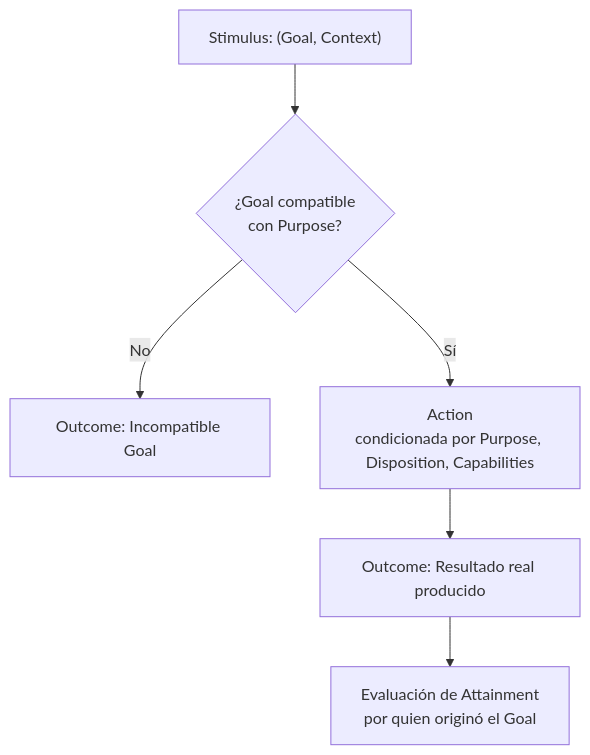
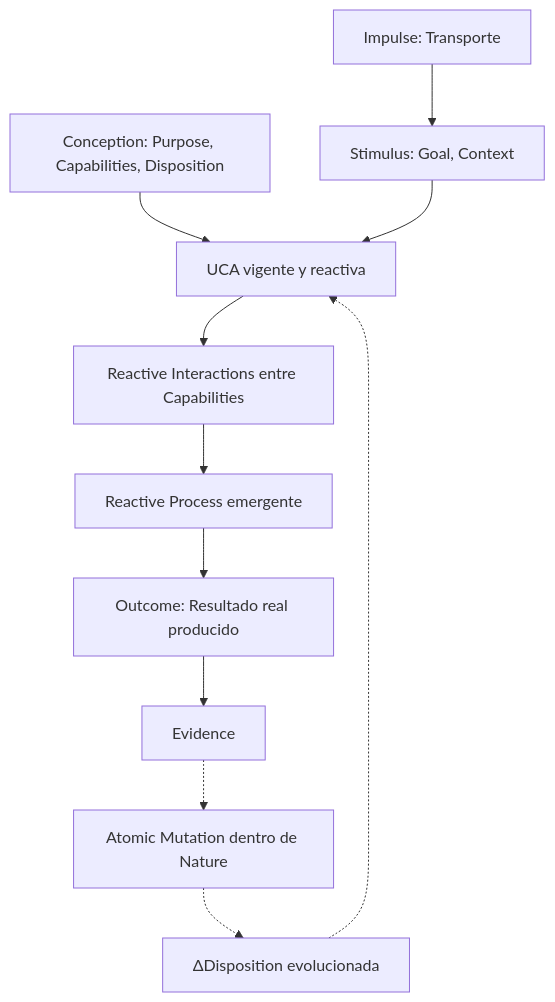
Before and after one commit to christian-marino-alvarez/uca-specification: the diagram in README.es.md, drawn with Mermaid. The commit also changed other lines of this file and 3 other files, not shown here.

Commit message:
docs: formalize UCA lifecycle, conception, properties, interactions, and evolution

````diff
--- a/README.es.md
+++ b/README.es.md
@@ -127,8 +126,13 @@
 ```mermaid
 flowchart TD
-    STIM["Stimulus: (Goal, Context)"] --> VAL{¿Goal compatible<br/>con Purpose?}
-    VAL -- No --> REJ[Outcome: Incompatible Goal]
-    VAL -- Sí --> ACT[Action<br/>condicionada por Purpose, Disposition, Capabilities]
-    ACT --> OUT[Outcome: Resultado real producido]
-    OUT --> ATT[Evaluación de Attainment<br/>por quien originó el Goal]
+    CON[Conception: Purpose, Capabilities, Disposition] --> UCA[UCA vigente y reactiva]
+    IMP[Impulse: Transporte] --> STIM[Stimulus: Goal, Context]
+    STIM --> UCA
+    UCA --> INT[Reactive Interactions entre Capabilities]
+    INT --> PROC[Reactive Process emergente]
+    PROC --> OUT[Outcome: Resultado real producido]
+    OUT --> EVI[Evidence]
+    EVI -.-> MUT[Atomic Mutation dentro de Nature]
+    MUT -.-> DISP[ΔDisposition evolucionada]
+    DISP -.-> UCA
 ```
````
